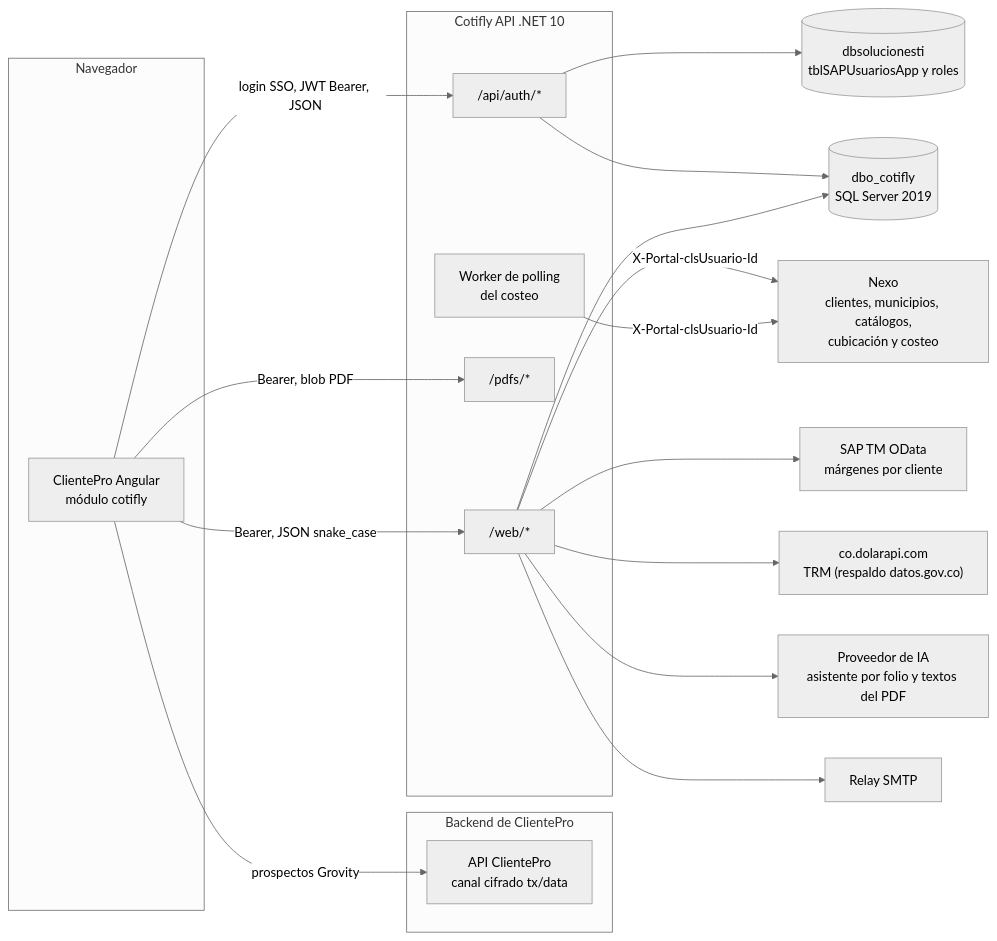
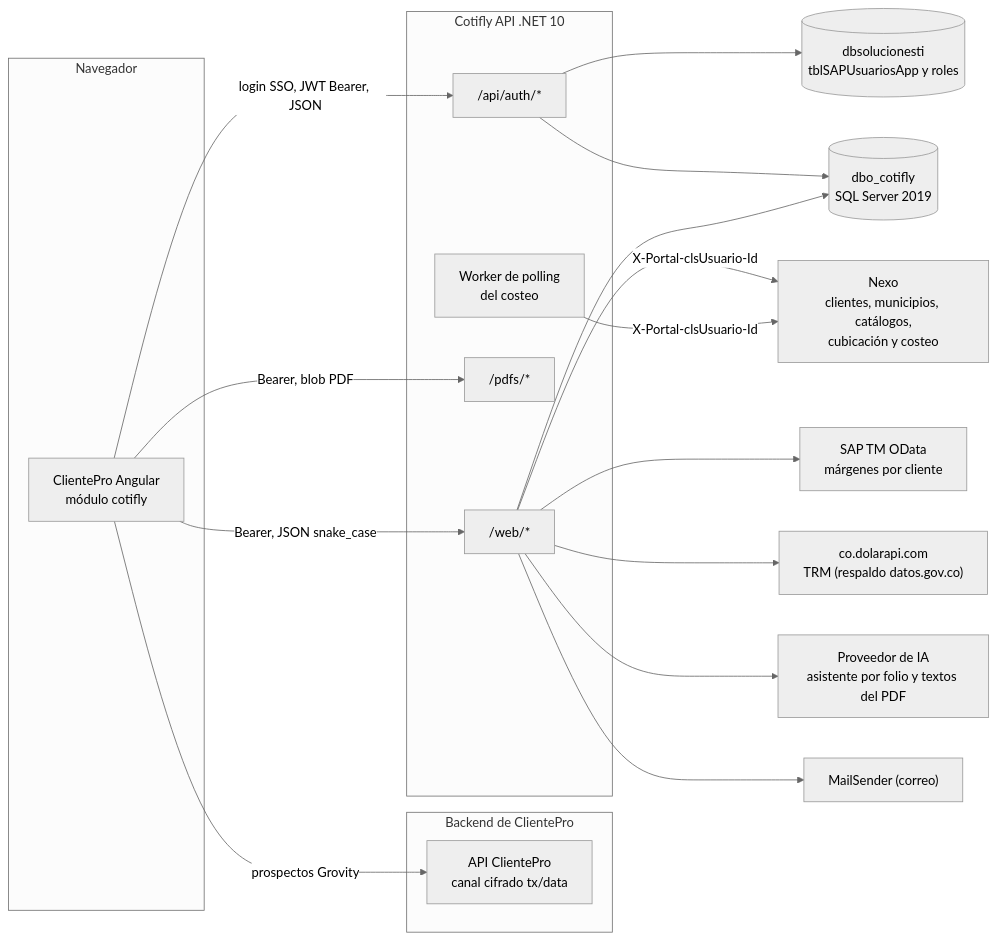
The first of 11 diagrams in docs/docs_front/GUIA_FRONTEND_COTIFLY.md (InnovacionIA-proyectos/Cotifly), drawn with Mermaid (neutral theme) before and after one commit. The commit also changed other lines of this file and 5 other files, not shown here.

````diff
--- a/docs/docs_front/GUIA_FRONTEND_COTIFLY.md
+++ b/docs/docs_front/GUIA_FRONTEND_COTIFLY.md
@@ -41,36 +43,36 @@
 ```mermaid
 flowchart LR
     subgraph Navegador
         FE["ClientePro Angular<br/>módulo cotifly"]
     end
     subgraph BackendClientePro["Backend de ClientePro"]
         CPB["API ClientePro<br/>canal cifrado tx/data"]
     end
     subgraph Cotifly["Cotifly API .NET 10"]
         AUTH["/api/auth/*"]
         WEB["/web/*"]
         PDF["/pdfs/*"]
         WRK["Worker de polling<br/>del costeo"]
     end
     DBS[("dbsolucionesti<br/>tblSAPUsuariosApp y roles")]
     DBC[("dbo_cotifly<br/>SQL Server 2019")]
     NEXO["Nexo<br/>clientes, municipios, catálogos,<br/>cubicación y costeo"]
     SAP["SAP TM OData<br/>márgenes por cliente"]
     TRM["co.dolarapi.com<br/>TRM (respaldo datos.gov.co)"]
     IA["Proveedor de IA<br/>asistente por folio y textos del PDF"]
-    SMTP["Relay SMTP"]
+    MAIL["MailSender (correo)"]
 
     FE -- "login SSO, JWT Bearer, JSON" --> AUTH
     FE -- "Bearer, JSON snake_case" --> WEB
     FE -- "Bearer, blob PDF" --> PDF
     FE -- "prospectos Grovity" --> CPB
     AUTH --> DBS
     AUTH --> DBC
     WEB --> DBC
     WEB -- "X-Portal-clsUsuario-Id" --> NEXO
     WRK -- "X-Portal-clsUsuario-Id" --> NEXO
     WEB --> SAP
     WEB --> TRM
     WEB --> IA
-    WEB --> SMTP
+    WEB --> MAIL
 ```
````
